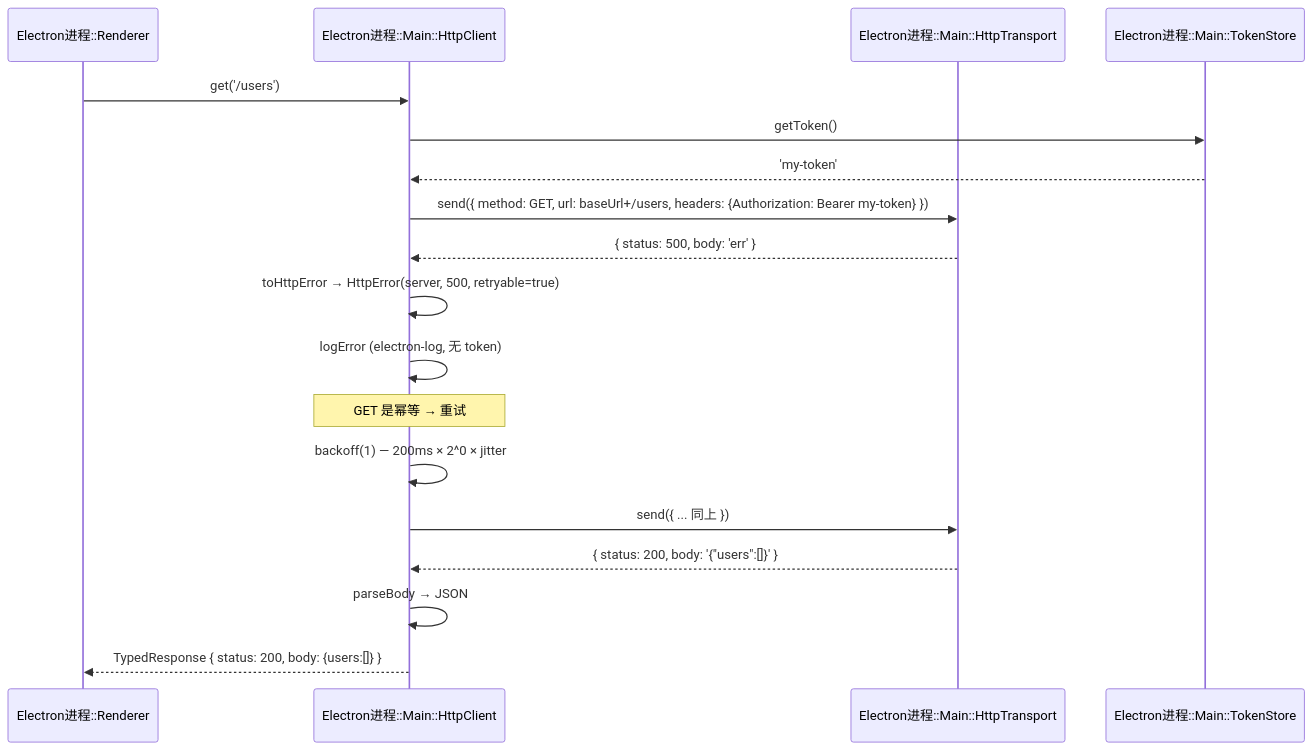
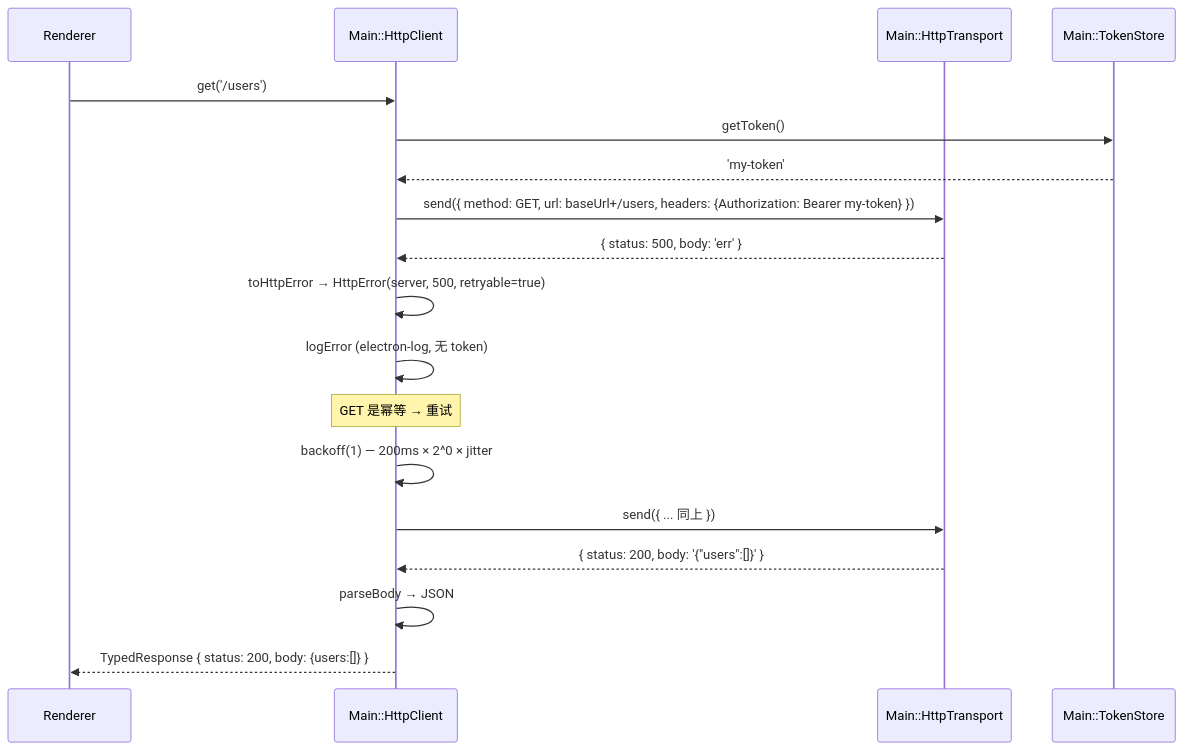
Before and after one commit to lupnfer/vue_with_csdk: the ninth of 12 diagrams in docs/architecture-diagrams.md, drawn with Mermaid. The commit also changed other lines of this file, not shown here.

First line of the commit message:
docs: 时序图 participant 改为进程名::模块名格式

````diff
--- a/docs/architecture-diagrams.md
+++ b/docs/architecture-diagrams.md
@@ -475,21 +475,21 @@
 ```mermaid
 sequenceDiagram
-    participant R as Electron进程::Renderer
-    participant H as Electron进程::Main::HttpClient
-    participant T as Electron进程::Main::HttpTransport
-    participant TS as Electron进程::Main::TokenStore
+    participant R as Renderer
+    participant H as Main::HttpClient
+    participant T as Main::HttpTransport
+    participant TS as Main::TokenStore
 
     R->>H: get('/users')
     H->>TS: getToken()
     TS-->>H: 'my-token'
     H->>T: send({ method: GET, url: baseUrl+/users, headers: {Authorization: Bearer my-token} })
     T-->>H: { status: 500, body: 'err' }
     H->>H: toHttpError → HttpError(server, 500, retryable=true)
     H->>H: logError (electron-log, 无 token)
     Note over H: GET 是幂等 → 重试
     H->>H: backoff(1) — 200ms × 2^0 × jitter
     H->>T: send({ ... 同上 })
     T-->>H: { status: 200, body: '{"users":[]}' }
     H->>H: parseBody → JSON
     H-->>R: TypedResponse { status: 200, body: {users:[]} }
 ```
````
